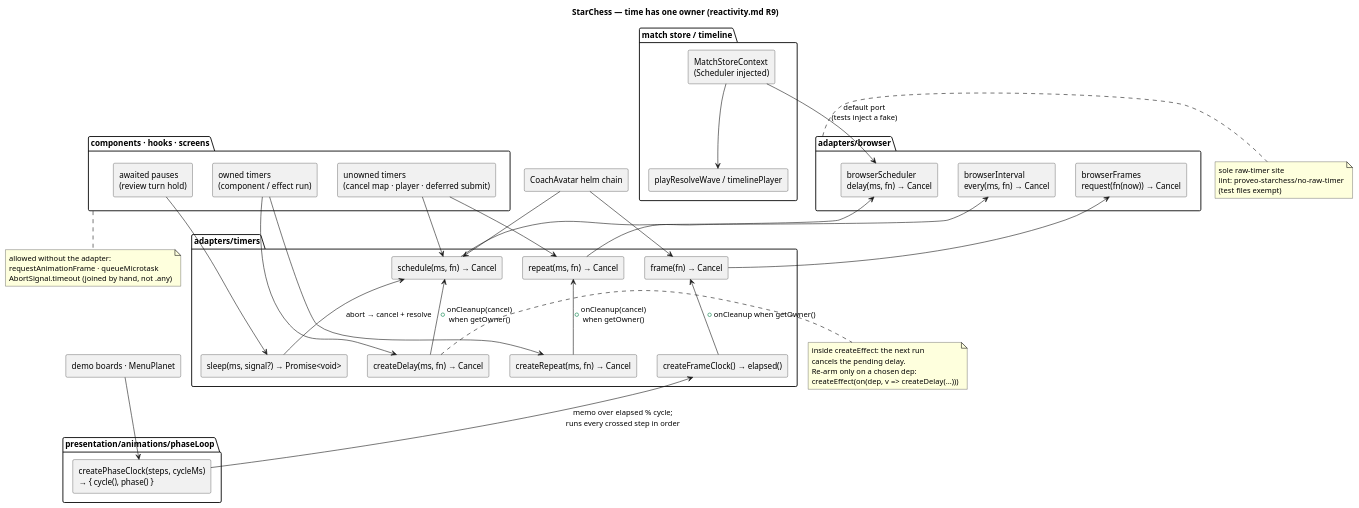
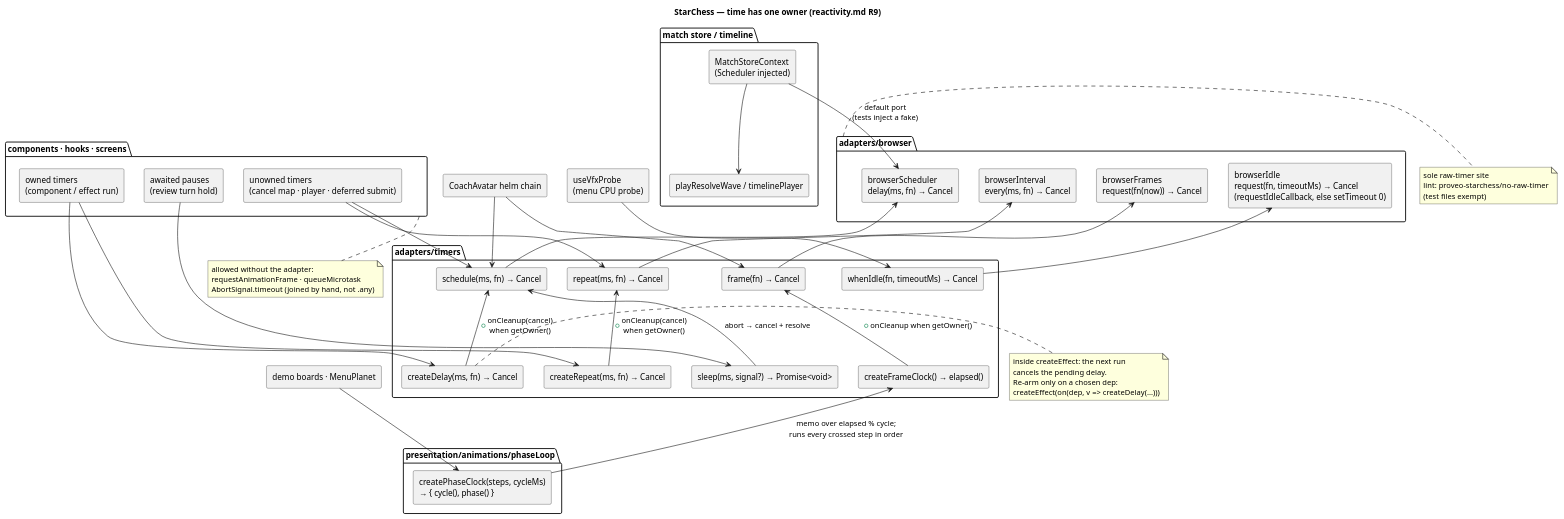
Before and after one commit to proveo-ca/chess-coach: the diagram in _spec/apps/starchess/architecture/timers.puml, drawn with PlantUML. The commit also changed 13 other files, not shown here.

```diff
--- a/_spec/apps/starchess/architecture/timers.puml
+++ b/_spec/apps/starchess/architecture/timers.puml
@@ -1,79 +1,84 @@
 @startuml timers
 title StarChess — time has one owner (reactivity.md R9)
 
 skinparam componentStyle rectangle
 skinparam shadowing false
 
 package "adapters/browser" as browser {
   [browserScheduler\ndelay(ms, fn) → Cancel] as bs
   [browserInterval\nevery(ms, fn) → Cancel] as bi
   [browserFrames\nrequest(fn(now)) → Cancel] as bf
+  [browserIdle\nrequest(fn, timeoutMs) → Cancel\n(requestIdleCallback, else setTimeout 0)] as bid
 }
 
 package "adapters/timers" as timers {
   [schedule(ms, fn) → Cancel] as sch
   [repeat(ms, fn) → Cancel] as rep
   [createDelay(ms, fn) → Cancel] as cd
   [createRepeat(ms, fn) → Cancel] as cr
   [sleep(ms, signal?) → Promise<void>] as slp
   [frame(fn) → Cancel] as frm
+  [whenIdle(fn, timeoutMs) → Cancel] as wi
   [createFrameClock() → elapsed()] as fc
 }
 
 package "presentation/animations/phaseLoop" as pl {
   [createPhaseClock(steps, cycleMs)\n→ { cycle(), phase() }] as pc
 }
 
 package "match store / timeline" as tl {
   [MatchStoreContext\n(Scheduler injected)] as msc
   [playResolveWave / timelinePlayer] as prw
 }
 
 package "components · hooks · screens" as ui {
   [owned timers\n(component / effect run)] as own
   [unowned timers\n(cancel map · player · deferred submit)] as unown
   [awaited pauses\n(review turn hold)] as await
 }
 
 bs <-- sch
 bi <-- rep
 sch <-- cd : + onCleanup(cancel)\nwhen getOwner()
 rep <-- cr : + onCleanup(cancel)\nwhen getOwner()
 sch <-- slp : abort → cancel + resolve
 bf <-- frm
+bid <-- wi
 frm <-- fc : + onCleanup when getOwner()
 fc <-- pc : memo over elapsed % cycle;\nruns every crossed step in order
 
 msc --> bs : default port\n(tests inject a fake)
 msc --> prw
 
 own --> cd
 own --> cr
 unown --> sch
 unown --> rep
 await --> slp
 [demo boards · MenuPlanet] as demos
 demos --> pc
 [CoachAvatar helm chain] as helm
 helm --> frm
 helm --> sch
+[useVfxProbe\n(menu CPU probe)] as probe
+probe --> wi
 
 note right of browser
   sole raw-timer site
   lint: proveo-starchess/no-raw-timer
   (test files exempt)
 end note
 
 note bottom of ui
   allowed without the adapter:
   requestAnimationFrame · queueMicrotask
   AbortSignal.timeout (joined by hand, not .any)
 end note
 
 note right of cd
   inside createEffect: the next run
   cancels the pending delay.
   Re-arm only on a chosen dep:
   createEffect(on(dep, v => createDelay(...)))
 end note
 @enduml
```
